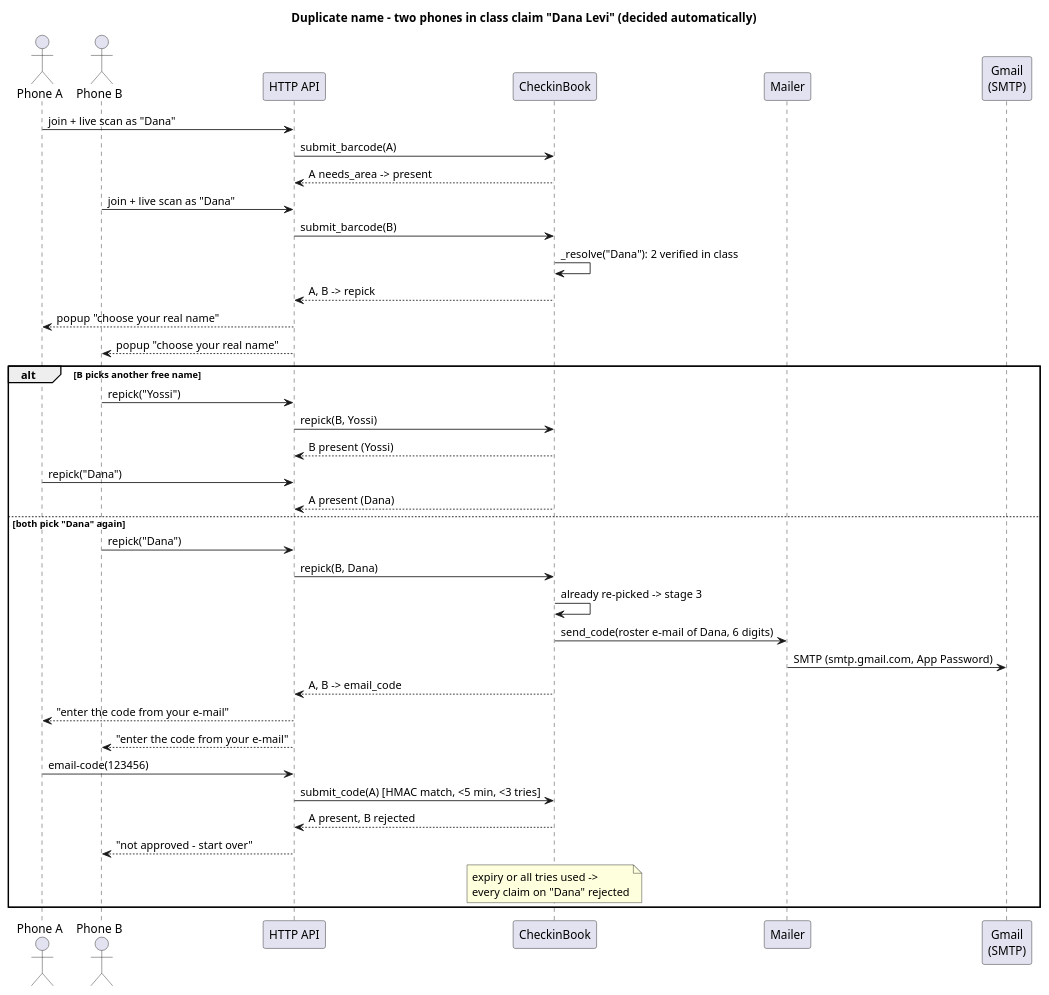
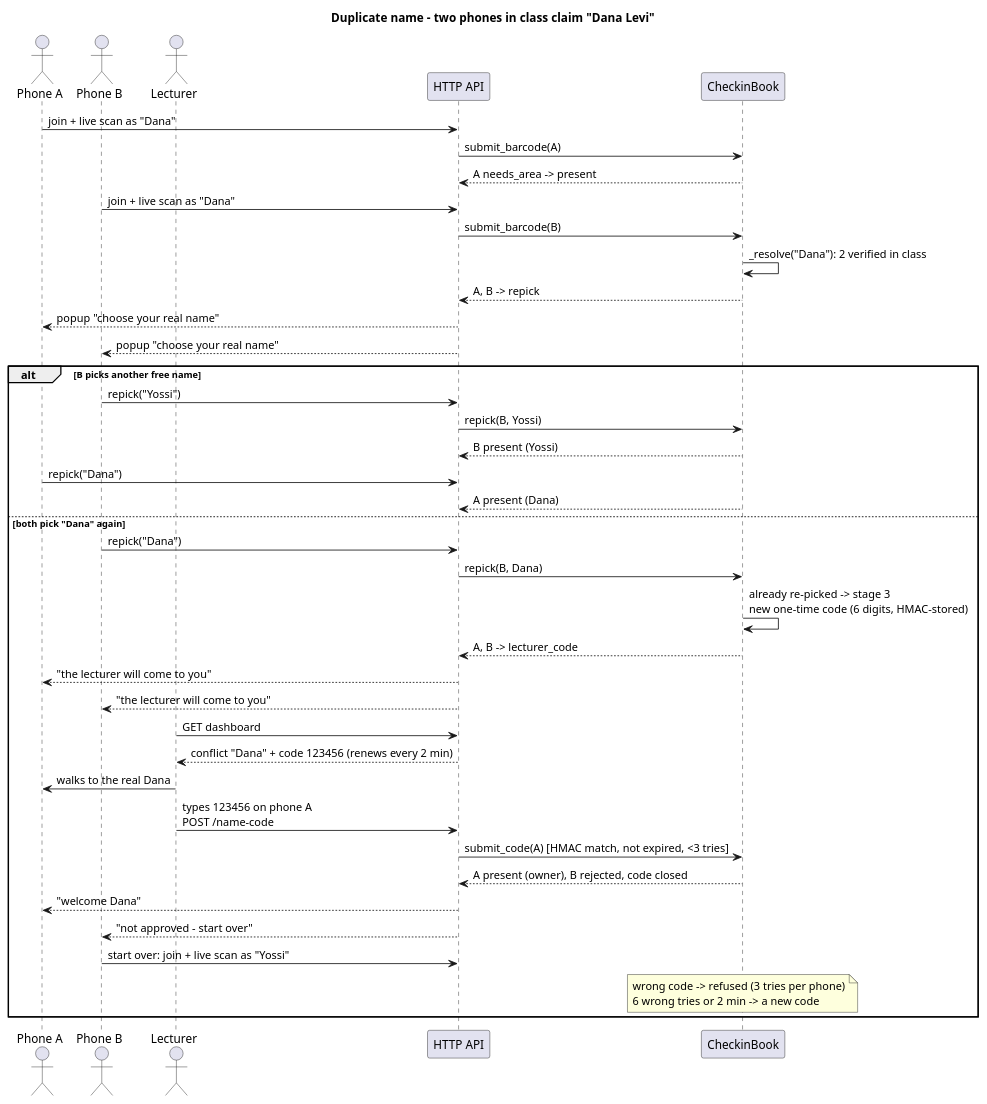
Before and after one commit to Haim-Barby/ZooMoodle: the diagram in docs/diagrams/seq-duplicate.puml, drawn with PlantUML. The commit also changed 38 other files, not shown here.

First line of the commit message:
Duplicate names: lecturer one-time code instead of e-mail

```diff
--- a/docs/diagrams/seq-duplicate.puml
+++ b/docs/diagrams/seq-duplicate.puml
@@ -1,41 +1,43 @@
 @startuml seq-duplicate
-title Duplicate name – two phones in class claim "Dana Levi" (decided automatically)
+title Duplicate name – two phones in class claim "Dana Levi"
 
 actor "Phone A" as A
 actor "Phone B" as B
+actor Lecturer as L
 participant "HTTP API" as API
 participant CheckinBook as CB
-participant Mailer as Mail
-participant "Gmail\n(SMTP)" as Gmail
 
 A -> API : join + live scan as "Dana"
 API -> CB : submit_barcode(A)
 CB --> API : A needs_area -> present
 B -> API : join + live scan as "Dana"
 API -> CB : submit_barcode(B)
 CB -> CB : _resolve("Dana"): 2 verified in class
 CB --> API : A, B -> repick
 API --> A : popup "choose your real name"
 API --> B : popup "choose your real name"
 alt B picks another free name
   B -> API : repick("Yossi")
   API -> CB : repick(B, Yossi)
   CB --> API : B present (Yossi)
   A -> API : repick("Dana")
   CB --> API : A present (Dana)
 else both pick "Dana" again
   B -> API : repick("Dana")
   API -> CB : repick(B, Dana)
-  CB -> CB : already re-picked -> stage 3
-  CB -> Mail : send_code(roster e-mail of Dana, 6 digits)
-  Mail -> Gmail : SMTP (smtp.gmail.com, App Password)
-  CB --> API : A, B -> email_code
-  API --> A : "enter the code from your e-mail"
-  API --> B : "enter the code from your e-mail"
-  A -> API : email-code(123456)
-  API -> CB : submit_code(A) [HMAC match, <5 min, <3 tries]
-  CB --> API : A present, B rejected
+  CB -> CB : already re-picked -> stage 3\nnew one-time code (6 digits, HMAC-stored)
+  CB --> API : A, B -> lecturer_code
+  API --> A : "the lecturer will come to you"
+  API --> B : "the lecturer will come to you"
+  L -> API : GET dashboard
+  API --> L : conflict "Dana" + code 123456 (renews every 2 min)
+  L -> A : walks to the real Dana
+  L -> API : types 123456 on phone A\nPOST /name-code
+  API -> CB : submit_code(A) [HMAC match, not expired, <3 tries]
+  CB --> API : A present (owner), B rejected, code closed
+  API --> A : "welcome Dana"
   API --> B : "not approved – start over"
-  note over CB : expiry or all tries used ->\nevery claim on "Dana" rejected
+  B -> API : start over: join + live scan as "Yossi"
+  note over CB : wrong code -> refused (3 tries per phone)\n6 wrong tries or 2 min -> a new code
 end
 @enduml
```
